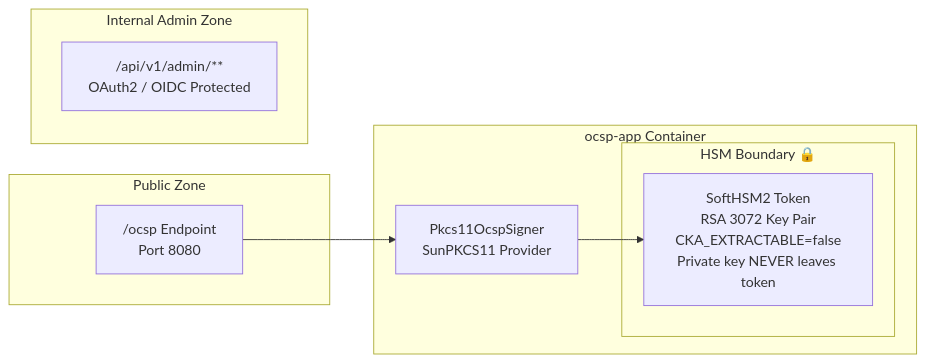
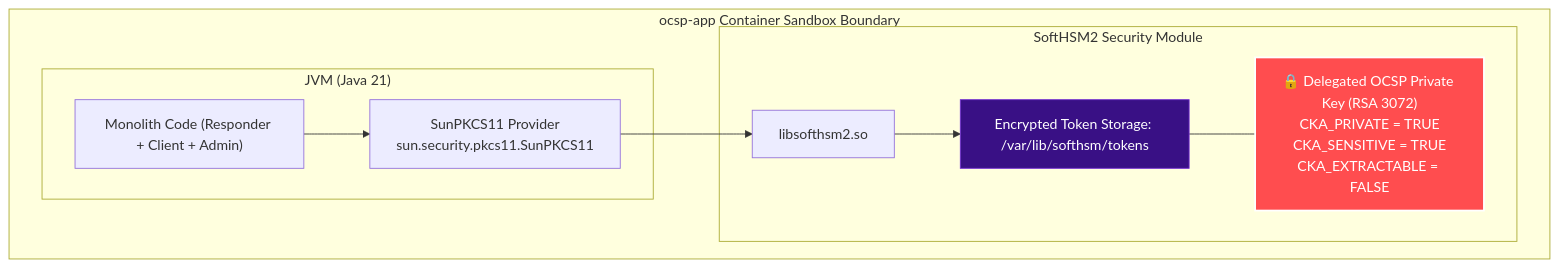
Before and after one commit to Majdzapa/OCSP: the sixth of 6 diagrams in ARCHITECTURE.md, drawn with Mermaid. The commit also changed other lines of this file and 65 other files, not shown here.

Commit message:
feat: separate ocsp-responder and ocsp-client into standalone apps, add authentication, remove KMS polling, create KMS frontend and client test UI

````diff
--- a/ARCHITECTURE.md
+++ b/ARCHITECTURE.md
@@ -261,20 +278,23 @@
 ```mermaid
-graph LR
-    subgraph PUBLIC["Public Zone"]
-        EP["/ocsp Endpoint<br/>Port 8080"]
+graph TD
+    subgraph CONTAINER["ocsp-app Container Sandbox Boundary"]
+        subgraph PROCESS["JVM (Java 21)"]
+            APP_CODE["Monolith Code (Responder + Client + Admin)"]
+            SUN_PKCS11["SunPKCS11 Provider<br/>sun.security.pkcs11.SunPKCS11"]
+        end
+
+        subgraph SOFTHSM["SoftHSM2 Security Module"]
+            LIB["libsofthsm2.so"]
+            TOKEN_STORE["Encrypted Token Storage: /var/lib/softhsm/tokens"]
+            PRIV_KEY["🔒 Delegated OCSP Private Key (RSA 3072)<br/>CKA_PRIVATE = TRUE<br/>CKA_SENSITIVE = TRUE<br/>CKA_EXTRACTABLE = FALSE"]
+        end
+
+        APP_CODE --> SUN_PKCS11
+        SUN_PKCS11 --> LIB
+        LIB --> TOKEN_STORE
+        TOKEN_STORE --- PRIV_KEY
     end
 
-    subgraph APP["ocsp-app Container"]
-        subgraph HSM["HSM Boundary 🔒"]
-            KEY["SoftHSM2 Token<br/>RSA 3072 Key Pair<br/>CKA_EXTRACTABLE=false<br/>Private key NEVER leaves token"]
-        end
-        SIGN["Pkcs11OcspSigner<br/>SunPKCS11 Provider"]
-        SIGN --> KEY
-    end
-
-    subgraph ADMIN_ZONE["Internal Admin Zone"]
-        ADMIN_API["/api/v1/admin/**<br/>OAuth2 / OIDC Protected"]
-    end
-
-    EP --> SIGN
+    style PRIV_KEY fill:#ff4d4f,stroke:#fff,stroke-width:2px,color:#fff
+    style TOKEN_STORE fill:#391085,stroke:#722ed1,stroke-width:1px,color:#fff
 ```
````
